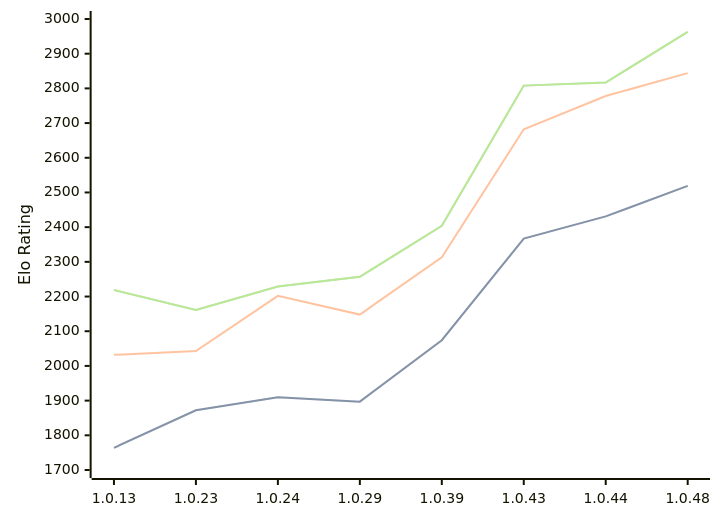
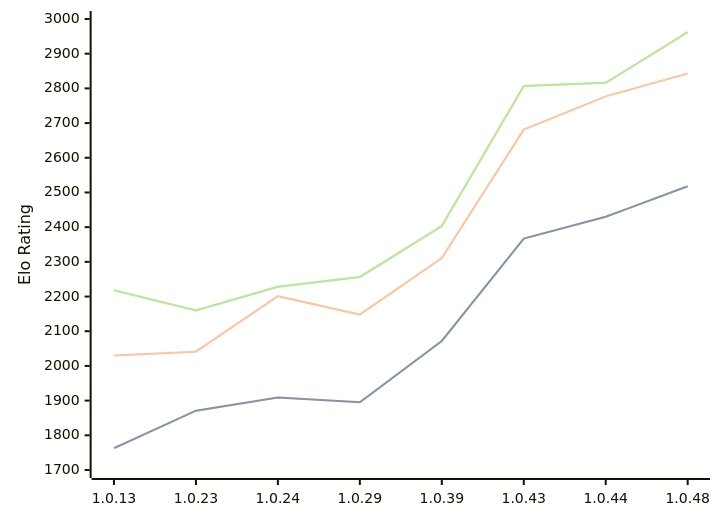
Before and after one commit to computer-chess-index/cci: the diagram in engines/RustyRival.md, drawn with Mermaid. The commit also changed other lines of this file, not shown here.

Commit message:
Update CCI Ratings (ELO VLTC) - 2026-08-04

````diff
--- a/engines/RustyRival.md
+++ b/engines/RustyRival.md
@@ -76,11 +77,11 @@
 ```mermaid
 %%{init: {"theme":"base","themeVariables":{"seriesColors:['#a3a3a3','#222221','#faa371']}}}%%
 xychart-beta
   x-axis ["1.0.13", "1.0.23", "1.0.24", "1.0.29", "1.0.39", "1.0.43", "1.0.44", "1.0.48"]
   y-axis "Elo Rating" 1700 --> 3000
-  line "STC (8.0+0.08s)" [1764, 1872, 1910, 1897, 2074, 2367, 2431, 2519]
-  line "STC (8.0+0.08s)" [1764, 1872, 1910, 1897, 2074, 2367, 2431, 2519]
-  line "LTC (60.0+0.60s)" [2032, 2043, 2202, 2148, 2313, 2682, 2778, 2844]
-  line "VLTC (2m24s+1.12s)" [2219, 2161, 2229, 2257, 2404, 2808, 2817, 2963]
-  line "VLTC (2m24s+1.12s)" [2219, 2161, 2229, 2257, 2404, 2808, 2817, 2963]
+  line "STC (8.0+0.08s)" [1763, 1871, 1909, 1895, 2072, 2367, 2430, 2518]
+  line "STC (8.0+0.08s)" [1763, 1871, 1909, 1895, 2072, 2367, 2430, 2518]
+  line "LTC (60.0+0.60s)" [2030, 2041, 2201, 2148, 2311, 2681, 2777, 2843]
+  line "VLTC (2m24s+1.12s)" [2218, 2160, 2228, 2256, 2403, 2807, 2816, 2962]
+  line "VLTC (2m24s+1.12s)" [2218, 2160, 2228, 2256, 2403, 2807, 2816, 2962]
 ```
````
